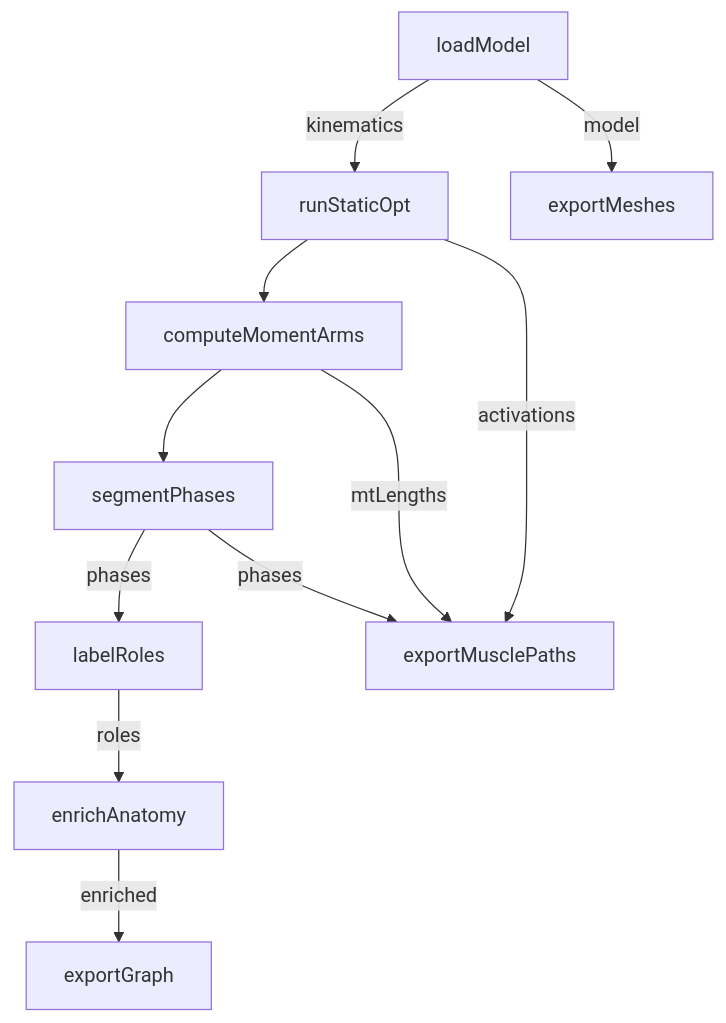
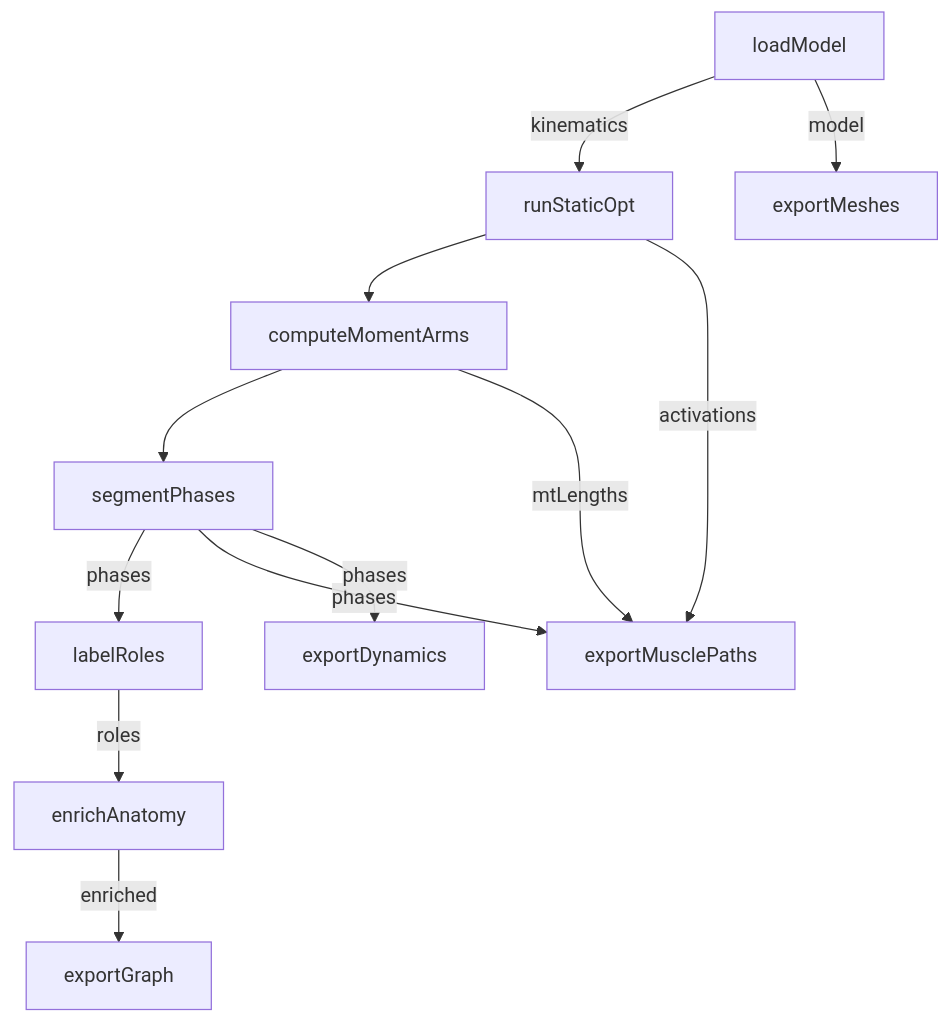
The diagram in generated/diagrams/pipeline.mmd (argent0/bio-mechanics), drawn with Mermaid before and after one commit. The commit also changed 21 other files, not shown here.

Commit message:
Add muscle sequence and tug-of-war moments panel Shows muscle order and N·m contest per joint over time

```diff
--- a/generated/diagrams/pipeline.mmd
+++ b/generated/diagrams/pipeline.mmd
@@ -1,21 +1,23 @@
 %% Generated by `lake exe gen` from spec/BioMech/Pipeline.lean. Edit the Lean source, then regenerate: cd spec && lake exe gen
 flowchart TB
   n_loadModel["loadModel"]
   n_runStaticOpt["runStaticOpt"]
   n_computeMomentArms["computeMomentArms"]
   n_segmentPhases["segmentPhases"]
   n_labelRoles["labelRoles"]
   n_enrichAnatomy["enrichAnatomy"]
   n_exportGraph["exportGraph"]
   n_exportMeshes["exportMeshes"]
   n_exportMusclePaths["exportMusclePaths"]
+  n_exportDynamics["exportDynamics"]
   n_loadModel -->|"kinematics"| n_runStaticOpt
   n_runStaticOpt --> n_computeMomentArms
   n_computeMomentArms --> n_segmentPhases
   n_segmentPhases -->|"phases"| n_labelRoles
   n_labelRoles -->|"roles"| n_enrichAnatomy
   n_enrichAnatomy -->|"enriched"| n_exportGraph
   n_loadModel -->|"model"| n_exportMeshes
   n_computeMomentArms -->|"mtLengths"| n_exportMusclePaths
   n_runStaticOpt -->|"activations"| n_exportMusclePaths
   n_segmentPhases -->|"phases"| n_exportMusclePaths
+  n_segmentPhases -->|"phases"| n_exportDynamics
```
